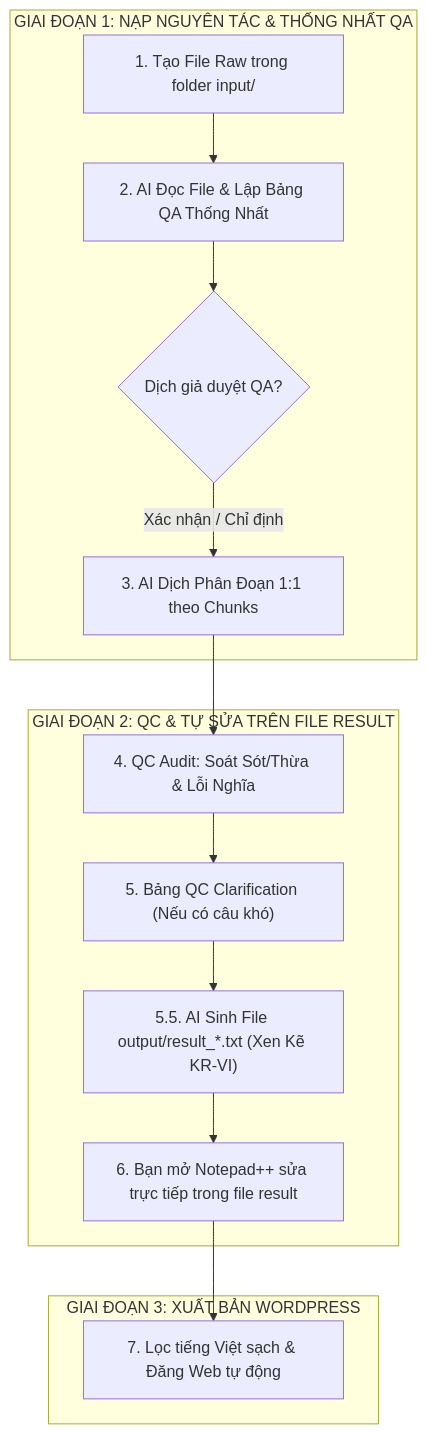
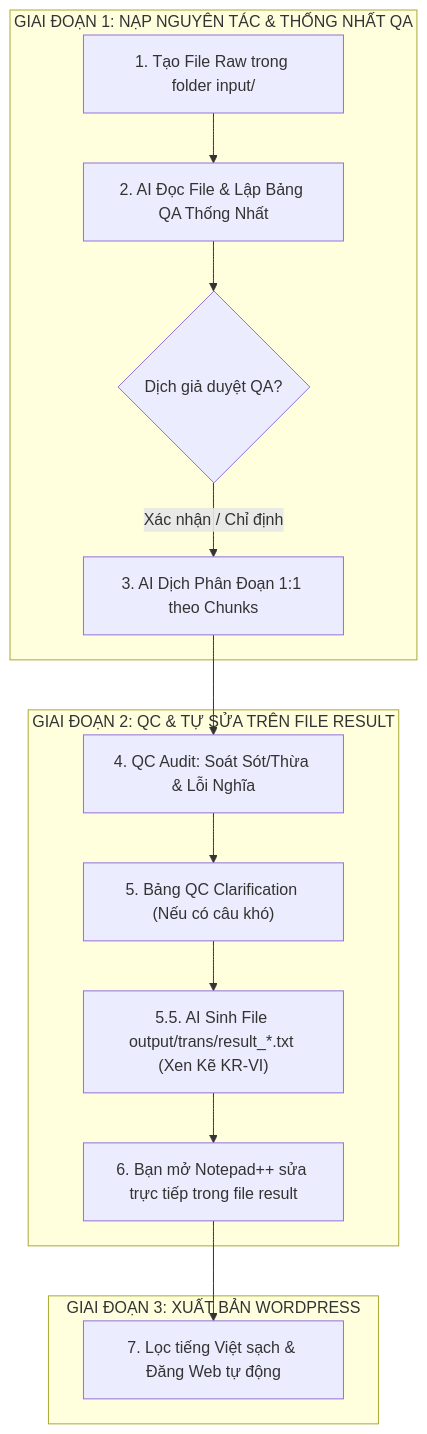
The first of 2 diagrams in WORKFLOW_NOVEL_TRANSLATION.md (RinYuki-sclass/trans-assistant), drawn with Mermaid before and after one commit. The commit also changed other lines of this file and 10 other files, not shown here.

````diff
--- a/WORKFLOW_NOVEL_TRANSLATION.md
+++ b/WORKFLOW_NOVEL_TRANSLATION.md
@@ -16,19 +16,19 @@
 ```mermaid
 graph TD
     subgraph SG1 ["GIAI ĐOẠN 1: NẠP NGUYÊN TÁC & THỐNG NHẤT QA"]
         A1["1. Tạo File Raw trong folder input/"] --> A2["2. AI Đọc File & Lập Bảng QA Thống Nhất"]
         A2 --> A3{"Dịch giả duyệt QA?"}
         A3 -- "Xác nhận / Chỉ định" --> A4["3. AI Dịch Phân Đoạn 1:1 theo Chunks"]
     end
 
     subgraph SG2 ["GIAI ĐOẠN 2: QC & TỰ SỬA TRÊN FILE RESULT"]
         A4 --> B1["4. QC Audit: Soát Sót/Thừa & Lỗi Nghĩa"]
         B1 --> B2["5. Bảng QC Clarification (Nếu có câu khó)"]
-        B2 --> B35["5.5. AI Sinh File output/result_*.txt (Xen Kẽ KR-VI)"]
+        B2 --> B35["5.5. AI Sinh File output/trans/result_*.txt (Xen Kẽ KR-VI)"]
         B35 --> B4["6. Bạn mở Notepad++ sửa trực tiếp trong file result"]
     end
 
     subgraph SG3 ["GIAI ĐOẠN 3: XUẤT BẢN WORDPRESS"]
         B4 --> C1["7. Lọc tiếng Việt sạch & Đăng Web tự động"]
     end
 ```
````
